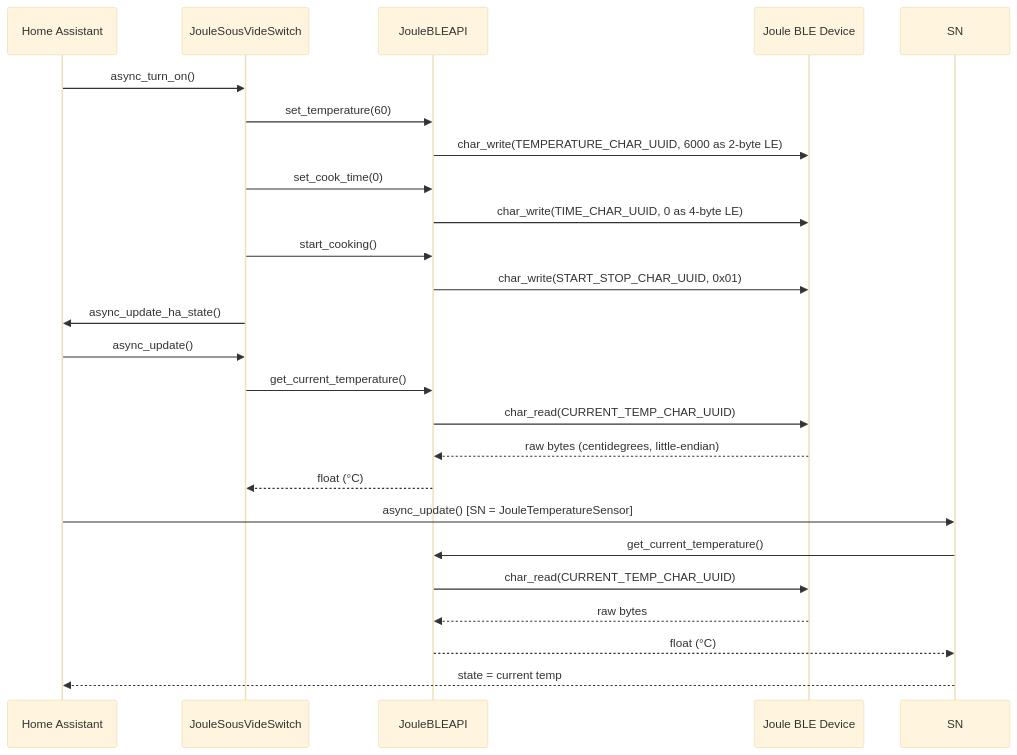
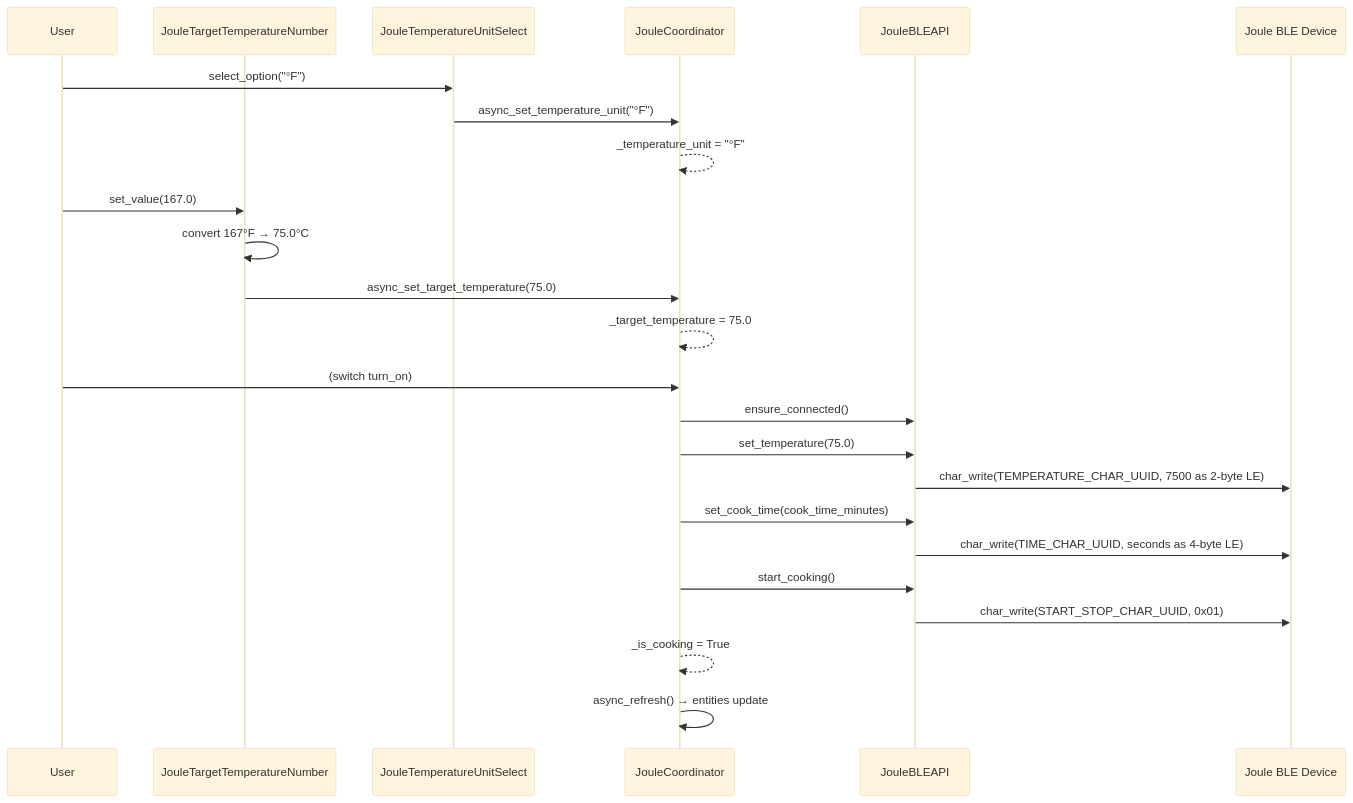
Before and after one commit to domgregori/ha-joule: the second of 3 diagrams in architecture/README.md, drawn with Mermaid (base theme). The commit also changed other lines of this file, not shown here.

First line of the commit message:
Update architecture docs to reflect number and select entities

````diff
--- a/architecture/README.md
+++ b/architecture/README.md
@@ -35,29 +83,29 @@
 ```mermaid
 sequenceDiagram
-    participant HA as Home Assistant
-    participant SW as JouleSousVideSwitch
+    participant User
+    participant NUM as JouleTargetTemperatureNumber
+    participant SEL as JouleTemperatureUnitSelect
+    participant COORD as JouleCoordinator
     participant BLE as JouleBLEAPI
     participant DEV as Joule BLE Device
 
-    HA->>SW: async_turn_on()
-    SW->>BLE: set_temperature(60)
-    BLE->>DEV: char_write(TEMPERATURE_CHAR_UUID, 6000 as 2-byte LE)
-    SW->>BLE: set_cook_time(0)
-    BLE->>DEV: char_write(TIME_CHAR_UUID, 0 as 4-byte LE)
-    SW->>BLE: start_cooking()
+    User->>SEL: select_option("°F")
+    SEL->>COORD: async_set_temperature_unit("°F")
+    COORD-->>COORD: _temperature_unit = "°F"
+
+    User->>NUM: set_value(167.0)
+    NUM->>NUM: convert 167°F → 75.0°C
+    NUM->>COORD: async_set_target_temperature(75.0)
+    COORD-->>COORD: _target_temperature = 75.0
+
+    User->>COORD: (switch turn_on)
+    COORD->>BLE: ensure_connected()
+    COORD->>BLE: set_temperature(75.0)
+    BLE->>DEV: char_write(TEMPERATURE_CHAR_UUID, 7500 as 2-byte LE)
+    COORD->>BLE: set_cook_time(cook_time_minutes)
+    BLE->>DEV: char_write(TIME_CHAR_UUID, seconds as 4-byte LE)
+    COORD->>BLE: start_cooking()
     BLE->>DEV: char_write(START_STOP_CHAR_UUID, 0x01)
-    SW->>HA: async_update_ha_state()
-
-    HA->>SW: async_update()
-    SW->>BLE: get_current_temperature()
-    BLE->>DEV: char_read(CURRENT_TEMP_CHAR_UUID)
-    DEV-->>BLE: raw bytes (centidegrees, little-endian)
-    BLE-->>SW: float (°C)
-
-    HA->>SN: async_update()  [SN = JouleTemperatureSensor]
-    SN->>BLE: get_current_temperature()
-    BLE->>DEV: char_read(CURRENT_TEMP_CHAR_UUID)
-    DEV-->>BLE: raw bytes
-    BLE-->>SN: float (°C)
-    SN-->>HA: state = current temp
+    COORD-->>COORD: _is_cooking = True
+    COORD->>COORD: async_refresh() → entities update
 ```
````
